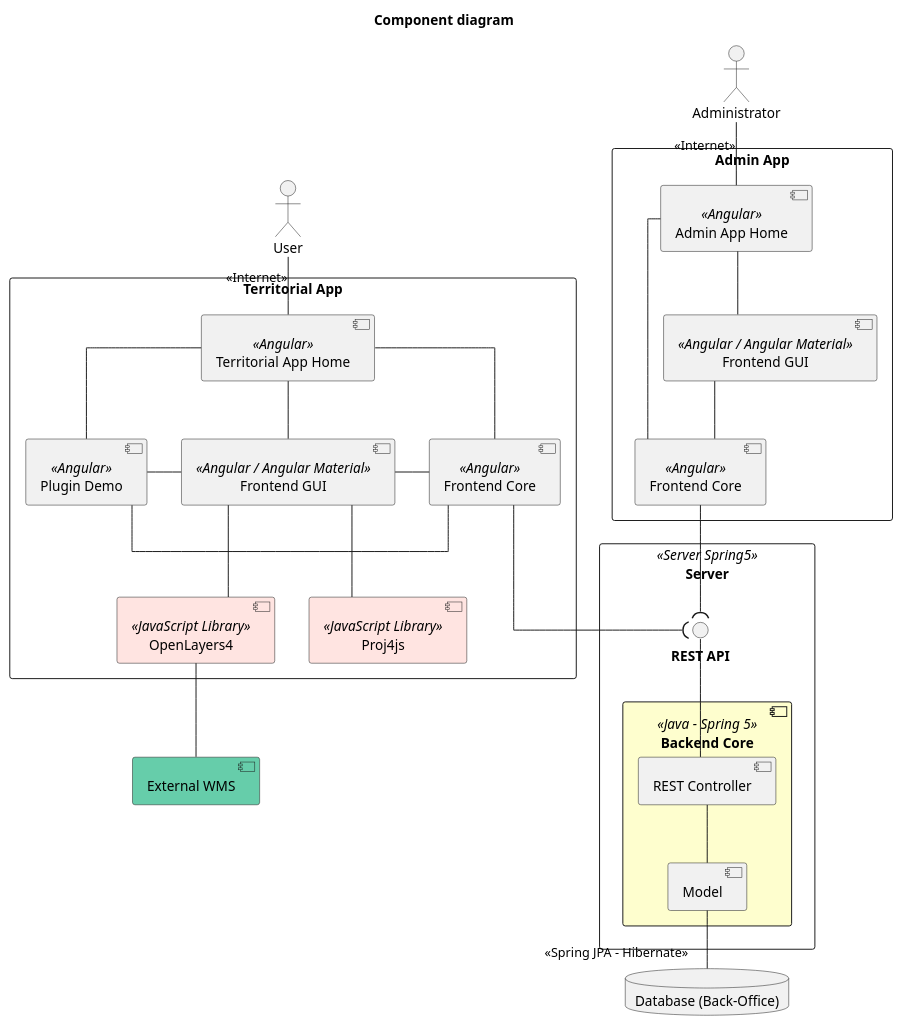
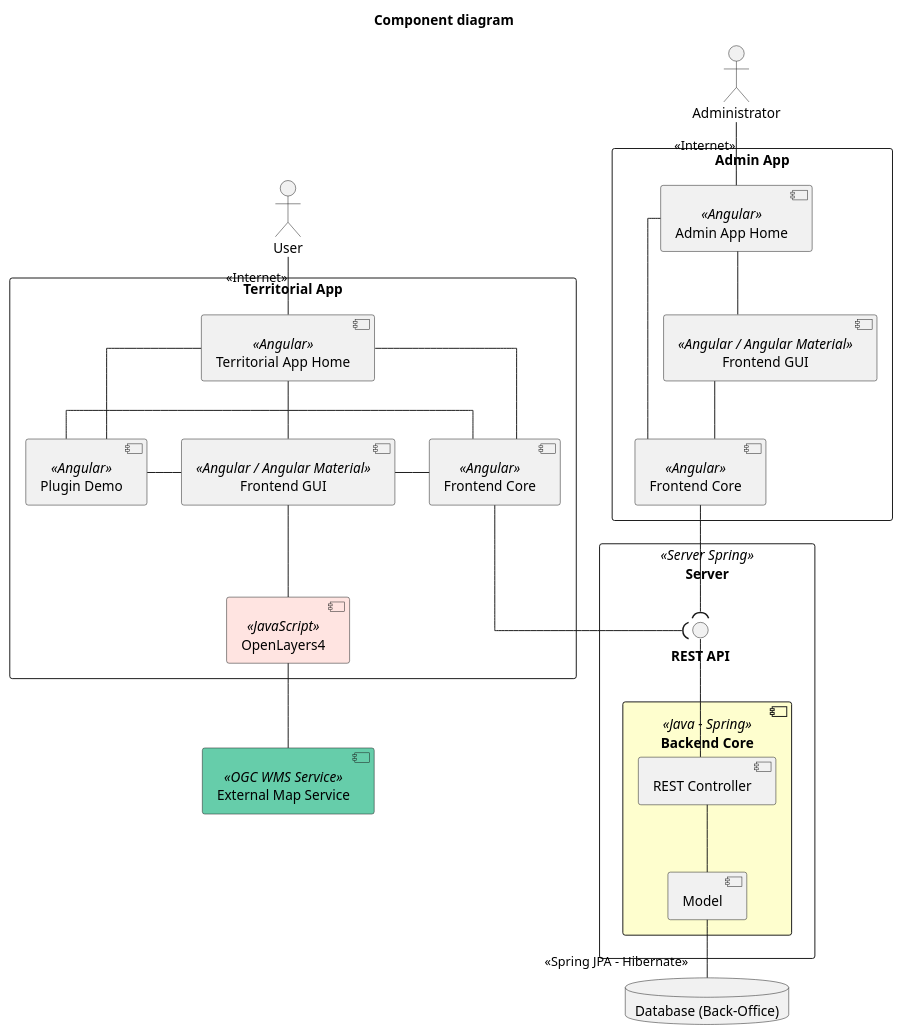
One commit to sitmun/community changed the diagram in doc/components.puml. Above: the diagram before and after it, drawn with PlantUML. The commit also changed 2 other files, not shown here.

Commit message:
Updated diagrams

```diff
--- a/doc/components.puml
+++ b/doc/components.puml
@@ -1,73 +1,67 @@
 @startuml
 
 skinparam componentStyle uml2
-skinparam component {
-    backgroundColor<<JavaScript Library>> MistyRose
-    backgroundcolor<<Java Library>> LightSkyBlue
-}
 skinparam linetype ortho
 
 
 title Component diagram
 
 rectangle "Admin App" as admin {
         [Admin App Home] <<Angular>> as ah
         [Frontend Core] <<Angular>> as fc
         [Frontend GUI] <<Angular / Angular Material>> as fg
         ah - fc
         ah -down- fg
         fc -up- fg
 }
 
 
 rectangle "Territorial App" as territ {
         [Territorial App Home] <<Angular>> as ah1
         [Frontend Core] <<Angular>> as fc1
         [Frontend GUI] <<Angular / Angular Material>> as fg1
-        [OpenLayers4] <<JavaScript Library>> as ol1
-        [Proj4js] <<JavaScript Library>> as p4js1
+        [OpenLayers4] as ol1 <<JavaScript>> #MistyRose
         component "Plugin Demo" <<Angular>> as pd
     
         
         fg1 -down- ol1
-        fg1 -down- p4js1
         fg1 - fc1
         ah1 - fc1
         ah1 - fg1
         ah1 -down- pd
         
         pd - fg1
         pd - fc1
 }
 
     
-rectangle "Server" as server <<Server Spring5>> {
-        component "Backend Core" <<Java - Spring 5>> as pcs #FEFECE {
+rectangle "Server" as server <<Server Spring>> {
+        component "Backend Core" <<Java - Spring>> as pcs #FEFECE {
             [REST Controller] as rest
             [Model] as model
         }
         interface "**REST API**" as api
 
 }
 
-[External WMS] as wms #MediumAquaMarine
+[External Map Service] as wms <<OGC WMS Service>> #MediumAquaMarine
 ol1 -down- wms
 
 
 database "Database (Back-Office)" as db{
 }
 
 
 :User:
 :Administrator:
 
 User -down- ah1 : <<Internet>>
 Administrator -down- ah : <<Internet>>
 fc -down-( api
 fc1 -down-( api
 api -down- rest
 rest -down- model
 model -down- "<<Spring JPA - Hibernate>>" db
 
 
 @enduml
```
